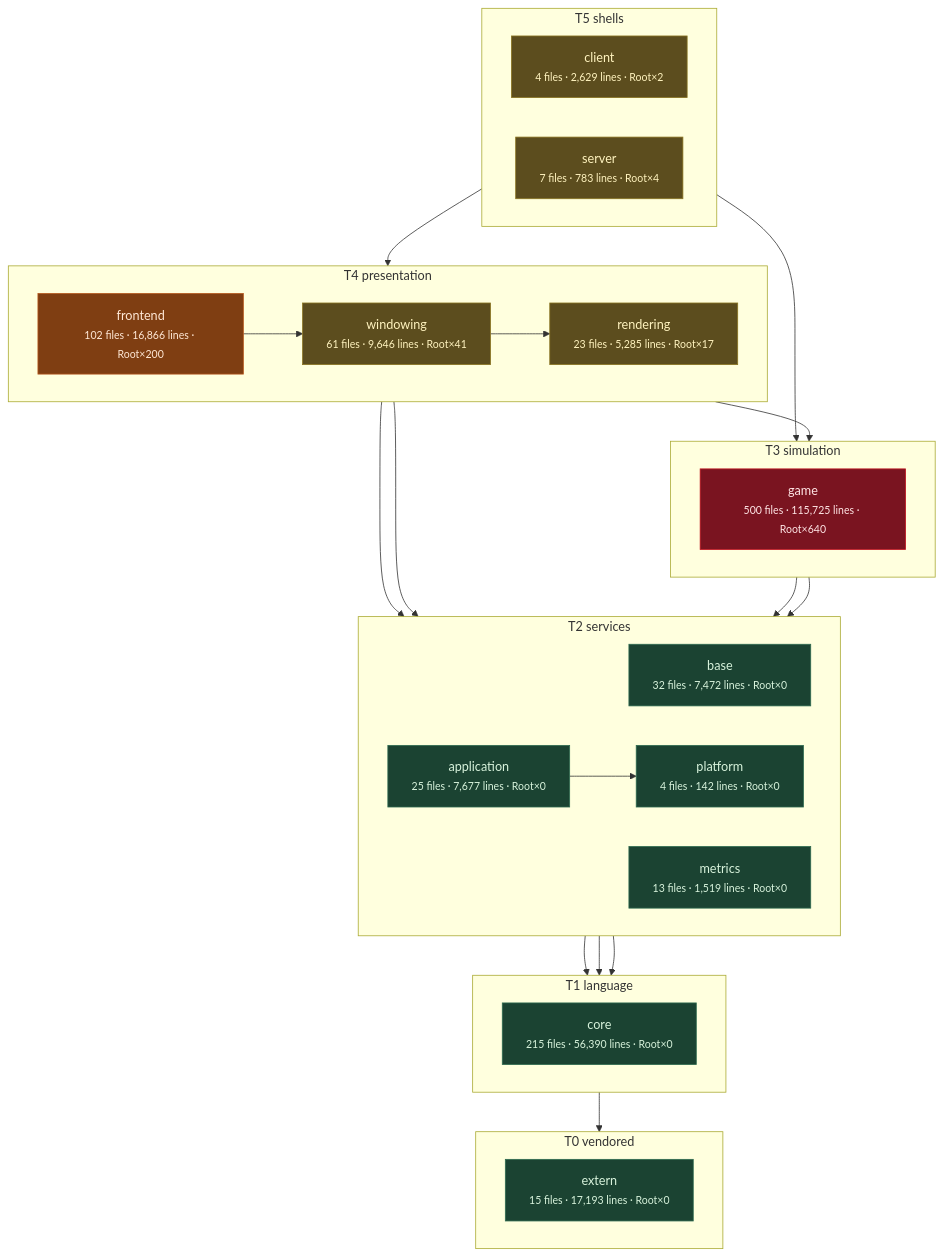
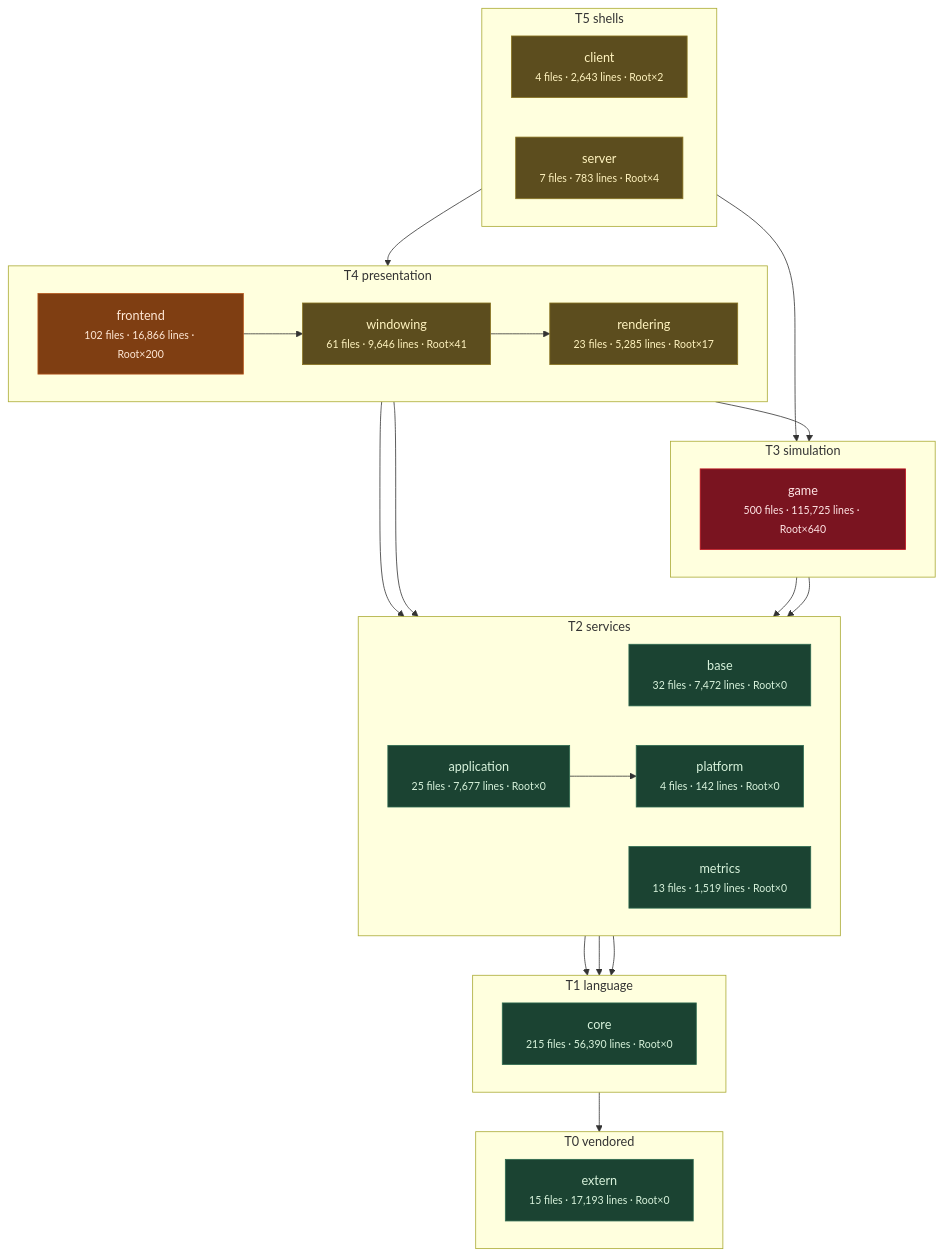
One commit to apnex/OpenStarbound changed the third of 11 diagrams in docs/architecture/system-boundaries.md. Above: the diagram before and after it, drawn with Mermaid. The commit also changed other lines of this file and 2 other files, not shown here.

````diff
--- a/docs/architecture/system-boundaries.md
+++ b/docs/architecture/system-boundaries.md
@@ -271,55 +271,55 @@
 ```mermaid
 flowchart TD
   subgraph T0["T0 vendored"]
     direction LR
     extern["extern<br/><small>15 files · 17,193 lines · Root×0</small>"]
   end
   subgraph T1["T1 language"]
     direction LR
     core["core<br/><small>215 files · 56,390 lines · Root×0</small>"]
   end
   subgraph T2["T2 services"]
     direction LR
     base["base<br/><small>32 files · 7,472 lines · Root×0</small>"]
     metrics["metrics<br/><small>13 files · 1,519 lines · Root×0</small>"]
     platform["platform<br/><small>4 files · 142 lines · Root×0</small>"]
     application["application<br/><small>25 files · 7,677 lines · Root×0</small>"]
   end
   subgraph T3["T3 simulation"]
     direction LR
     game["game<br/><small>500 files · 115,725 lines · Root×640</small>"]
   end
   subgraph T4["T4 presentation"]
     direction LR
     rendering["rendering<br/><small>23 files · 5,285 lines · Root×17</small>"]
     windowing["windowing<br/><small>61 files · 9,646 lines · Root×41</small>"]
     frontend["frontend<br/><small>102 files · 16,866 lines · Root×200</small>"]
   end
   subgraph T5["T5 shells"]
     direction LR
-    client["client<br/><small>4 files · 2,629 lines · Root×2</small>"]
+    client["client<br/><small>4 files · 2,643 lines · Root×2</small>"]
     server["server<br/><small>7 files · 783 lines · Root×4</small>"]
   end
   core --> extern
   base --> core
   metrics --> core
   platform --> core
   application --> platform
   game --> base
   game --> platform
   rendering --> application
   rendering --> game
   windowing --> rendering
   frontend --> metrics
   frontend --> windowing
   client --> frontend
   server --> game
   classDef clean fill:#1b4332,stroke:#2d6a4f,color:#d8f3dc
   classDef warm  fill:#5c4d1e,stroke:#8a7420,color:#fff3bf
   classDef hot   fill:#7f3e12,stroke:#b5561b,color:#ffe8d6
   classDef blaze fill:#7a1420,stroke:#c1121f,color:#ffe5e5
   class extern,core,base,metrics,platform,application clean
   class rendering,windowing,client,server warm
   class frontend hot
   class game blaze
 ```
````
